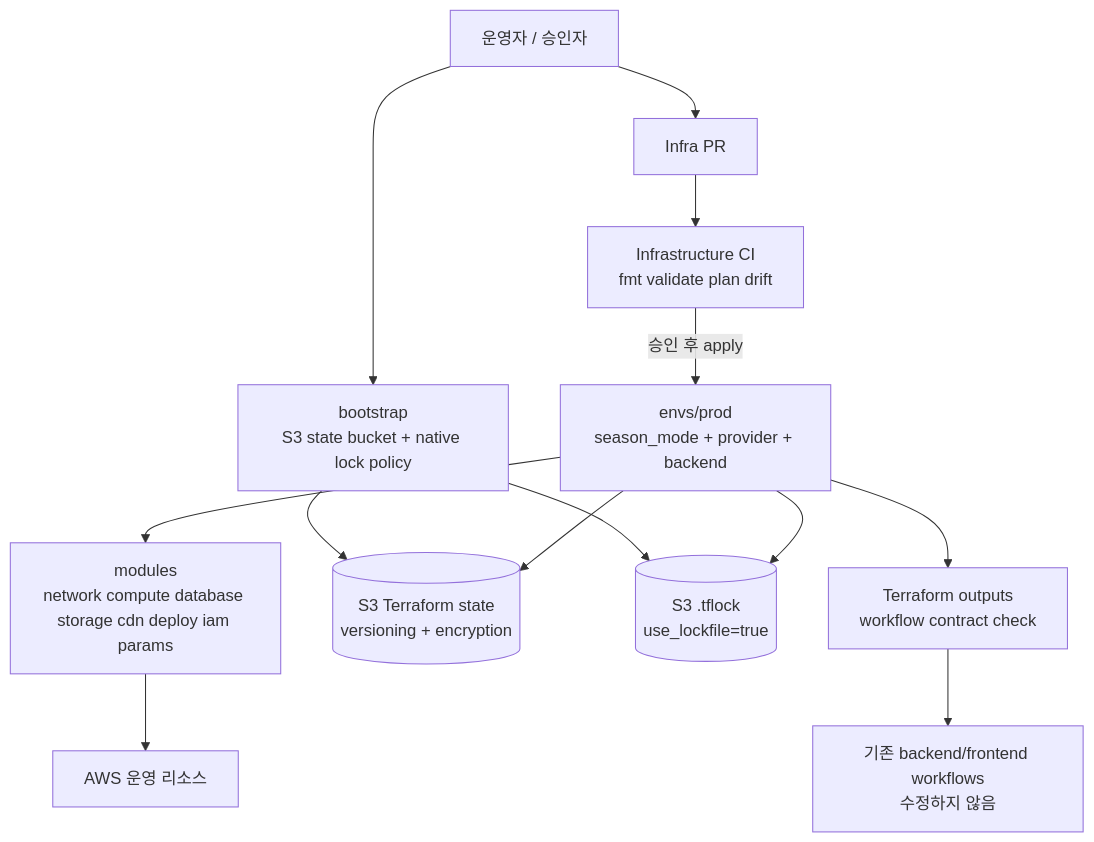
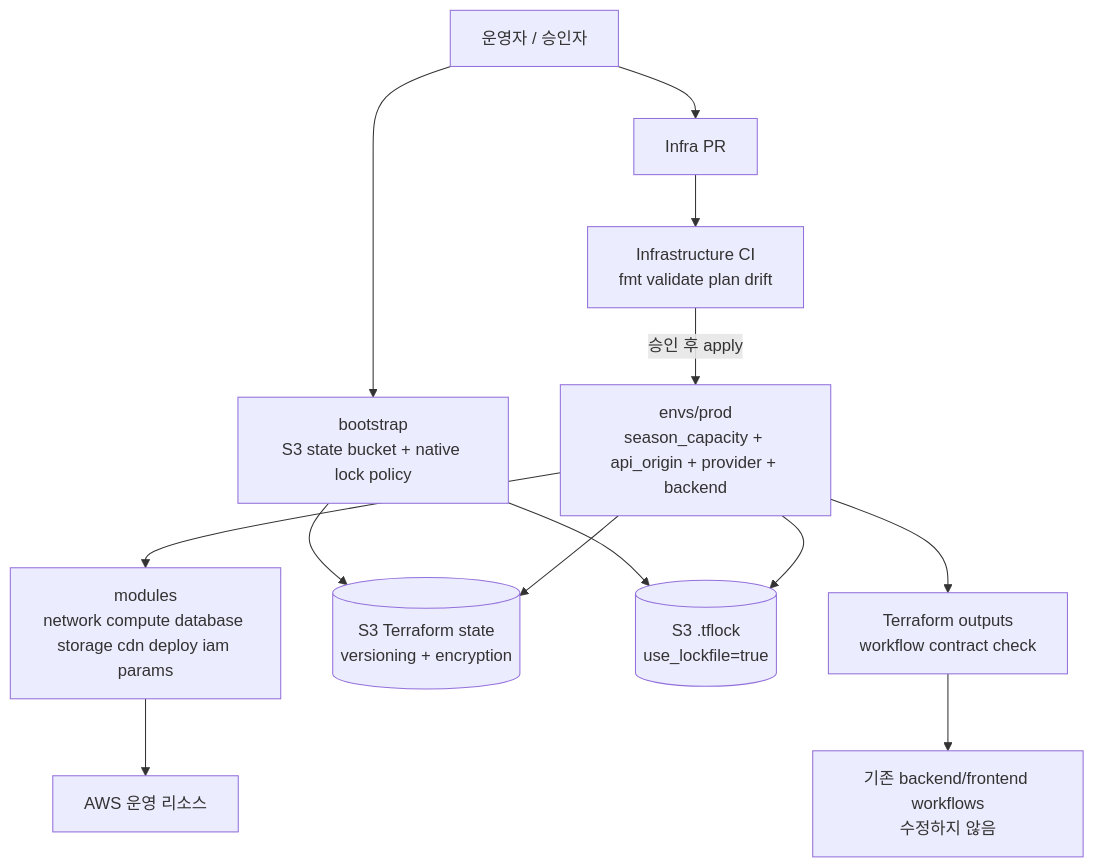
One commit to BOAZ-website/product-infra changed the first of 3 diagrams in .kiro/specs/product-infra-migration/design.md. Above: the diagram before and after it, drawn with Mermaid. The commit also changed other lines of this file and 6 other files, not shown here.

````diff
--- a/.kiro/specs/product-infra-migration/design.md
+++ b/.kiro/specs/product-infra-migration/design.md
@@ -48,24 +49,24 @@
 ```mermaid
 flowchart TB
   operator[운영자 / 승인자]
   pr[Infra PR]
   ci[Infrastructure CI\nfmt validate plan drift]
   bootstrap[bootstrap\nS3 state bucket + native lock policy]
-  prod[envs/prod\nseason_mode + provider + backend]
+  prod[envs/prod\nseason_capacity + api_origin + provider + backend]
   modules[modules\nnetwork compute database storage cdn deploy iam params]
   state[(S3 Terraform state\nversioning + encryption)]
   lock[(S3 .tflock\nuse_lockfile=true)]
   aws[AWS 운영 리소스]
   appwf[기존 backend/frontend workflows\n수정하지 않음]
   contract[Terraform outputs\nworkflow contract check]
 
   operator --> pr --> ci
   operator --> bootstrap
   ci -->|승인 후 apply| prod
   bootstrap --> state
   bootstrap --> lock
   prod --> modules --> aws
   prod --> state
   prod --> lock
   prod --> contract --> appwf
 ```
````
